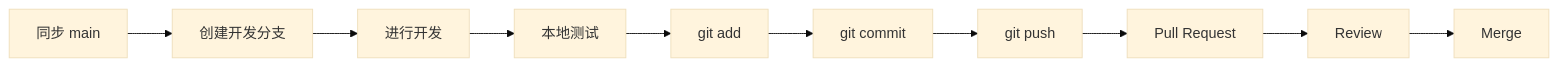
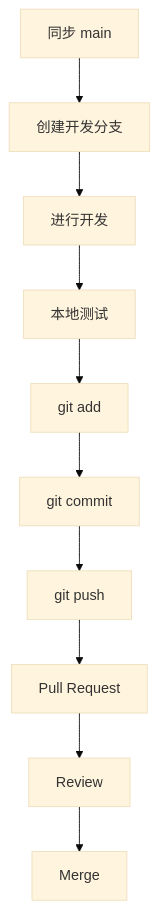
One commit to CCU-Robotics-Association/.github changed the diagram in profile/CONTRIBUTING.md. Above: the diagram before and after it, drawn with Mermaid (base theme). The commit also changed other lines of this file and 10 other files, not shown here.

````diff
--- a/profile/CONTRIBUTING.md
+++ b/profile/CONTRIBUTING.md
@@ -205,12 +164,12 @@
 ```mermaid
-flowchart LR
+flowchart TD
     A[同步 main] --> B[创建开发分支]
     B --> C[进行开发]
     C --> D[本地测试]
     D --> E[git add]
     E --> F[git commit]
     F --> G[git push]
     G --> H[Pull Request]
     H --> I[Review]
     I --> J[Merge]
 ```
````
